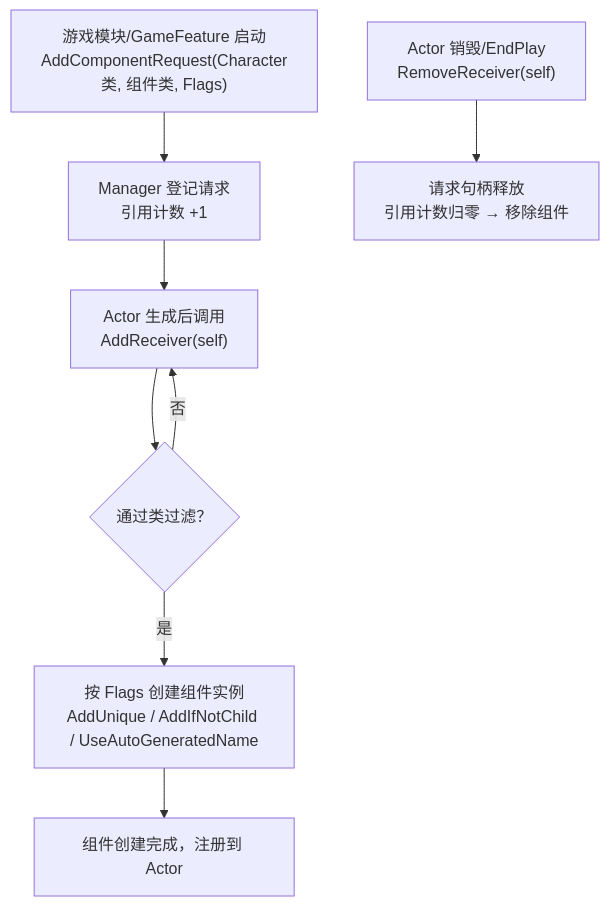
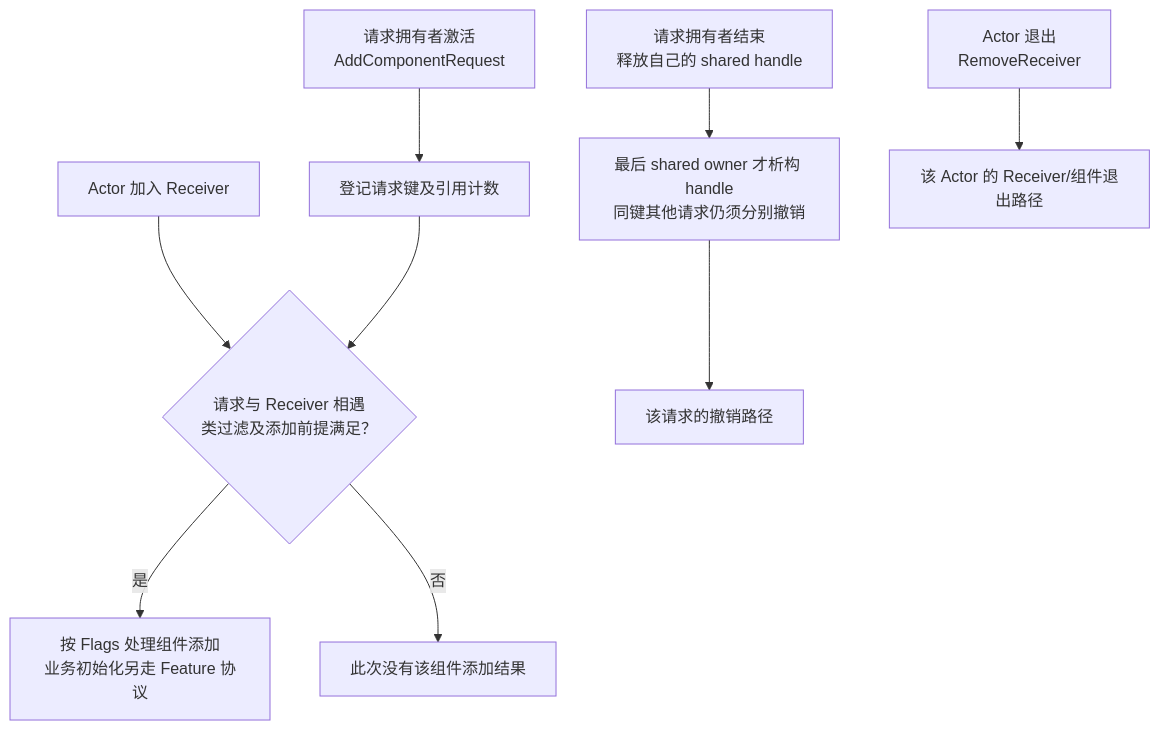
The second of 5 diagrams in 知识/05-Gameplay与交互系统/玩法架构与任务协作/08-ModularGameplay模块化玩法.md (fantuan812/learning), drawn with Mermaid before and after one commit. The commit also changed other lines of this file and 2 other files, not shown here.

````diff
--- a/知识/05-Gameplay与交互系统/玩法架构与任务协作/08-ModularGameplay模块化玩法.md
+++ b/知识/05-Gameplay与交互系统/玩法架构与任务协作/08-ModularGameplay模块化玩法.md
@@ -81,19 +85,11 @@
 ```mermaid
 flowchart TD
-    A["游戏模块/GameFeature 启动<br/>AddComponentRequest(Character类, 组件类, Flags)"]
-    B["Manager 登记请求<br/>引用计数 +1"]
-    C["Actor 生成后调用<br/>AddReceiver(self)"]
-    D{"通过类过滤？"}
-    E["按 Flags 创建组件实例<br/>AddUnique / AddIfNotChild / UseAutoGeneratedName"]
-    F["组件创建完成，注册到 Actor"]
-    G["Actor 销毁/EndPlay<br/>RemoveReceiver(self)"]
-    H["请求句柄释放<br/>引用计数归零 → 移除组件"]
-
-    A --> B
-    B --> C
-    C --> D
-    D -- 是 --> E
-    E --> F
-    D -- 否 --> C
-    G --> H
+    R["请求拥有者激活<br/>AddComponentRequest"] --> M["登记请求键及引用计数"]
+    A["Actor 加入 Receiver"] --> X{"请求与 Receiver 相遇<br/>类过滤及添加前提满足？"}
+    M --> X
+    X -- 是 --> C["按 Flags 处理组件添加<br/>业务初始化另走 Feature 协议"]
+    X -- 否 --> N["此次没有该组件添加结果"]
+    O["请求拥有者结束<br/>释放自己的 shared handle"] --> Q["最后 shared owner 才析构 handle<br/>同键其他请求仍须分别撤销"]
+    Q --> Z["该请求的撤销路径"]
+    E["Actor 退出<br/>RemoveReceiver"] --> W["该 Actor 的 Receiver/组件退出路径"]
 ```
````
